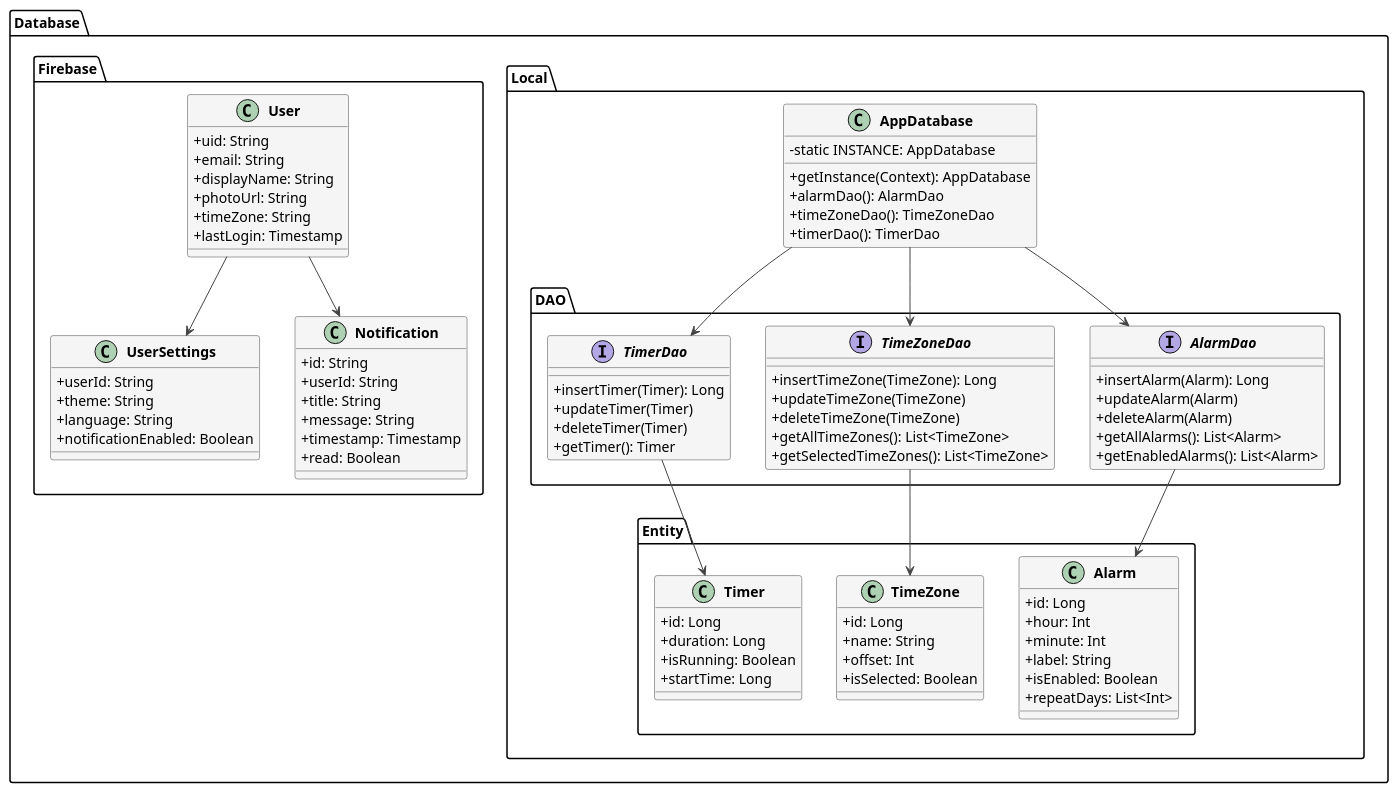
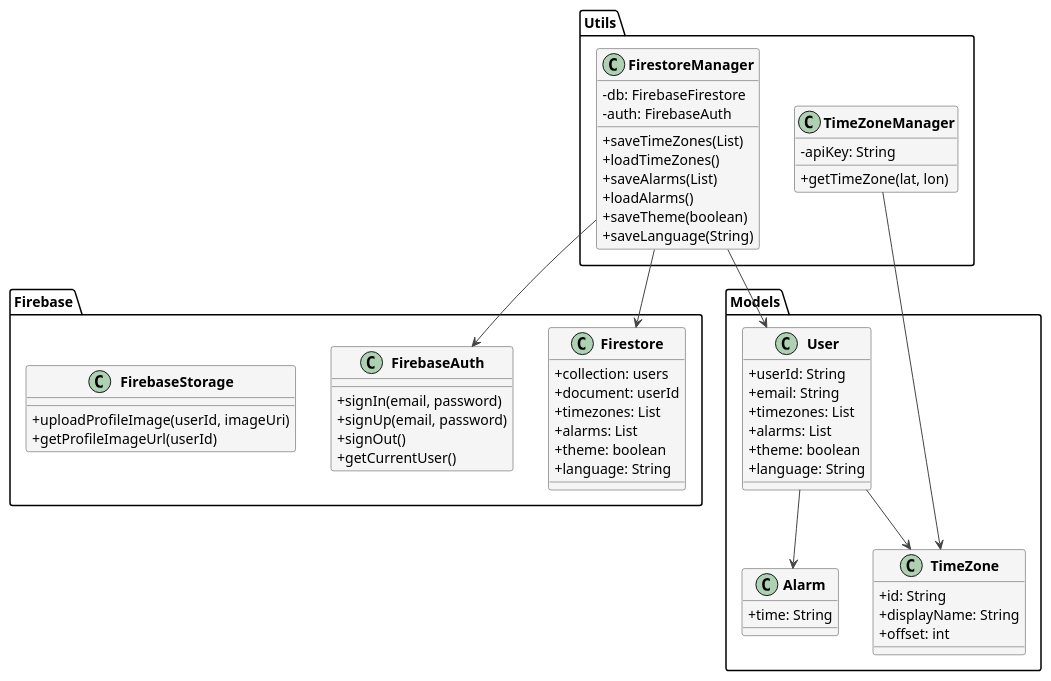
The diagram in app/src/main/DIAGRAMABD.puml (AsierCardoso/SHAREYOURTIME), drawn with PlantUML before and after one commit. The commit also changed 18 other files, not shown here.

```diff
--- a/app/src/main/DIAGRAMABD.puml
+++ b/app/src/main/DIAGRAMABD.puml
@@ -1,111 +1,79 @@
 @startuml
 ' Estilos y configuraciones
 skinparam classAttributeIconSize 0
 skinparam classFontStyle bold
 skinparam classFontSize 14
 skinparam arrowColor #444444
 skinparam classBackgroundColor #F5F5F5
 skinparam classBorderColor #444444
 
-package "Database" {
-    package "Local" {
-        package "Entity" {
-            class Alarm {
-                + id: Long
-                + hour: Int
-                + minute: Int
-                + label: String
-                + isEnabled: Boolean
-                + repeatDays: List<Int>
-            }
-
-            class TimeZone {
-                + id: Long
-                + name: String
-                + offset: Int
-                + isSelected: Boolean
-            }
-
-            class Timer {
-                + id: Long
-                + duration: Long
-                + isRunning: Boolean
-                + startTime: Long
-            }
-        }
-
-        package "DAO" {
-            interface AlarmDao {
-                + insertAlarm(Alarm): Long
-                + updateAlarm(Alarm)
-                + deleteAlarm(Alarm)
-                + getAllAlarms(): List<Alarm>
-                + getEnabledAlarms(): List<Alarm>
-            }
-
-            interface TimeZoneDao {
-                + insertTimeZone(TimeZone): Long
-                + updateTimeZone(TimeZone)
-                + deleteTimeZone(TimeZone)
-                + getAllTimeZones(): List<TimeZone>
-                + getSelectedTimeZones(): List<TimeZone>
-            }
-
-            interface TimerDao {
-                + insertTimer(Timer): Long
-                + updateTimer(Timer)
-                + deleteTimer(Timer)
-                + getTimer(): Timer
-            }
-        }
-
-        class AppDatabase {
-            - static INSTANCE: AppDatabase
-            + getInstance(Context): AppDatabase
-            + alarmDao(): AlarmDao
-            + timeZoneDao(): TimeZoneDao
-            + timerDao(): TimerDao
-        }
+package "Firebase" {
+    class Firestore {
+        + collection: users
+        + document: userId
+        + timezones: List
+        + alarms: List
+        + theme: boolean
+        + language: String
     }
 
-    package "Firebase" {
-        class User {
-            + uid: String
-            + email: String
-            + displayName: String
-            + photoUrl: String
-            + timeZone: String
-            + lastLogin: Timestamp
-        }
+    class FirebaseAuth {
+        + signIn(email, password)
+        + signUp(email, password)
+        + signOut()
+        + getCurrentUser()
+    }
 
-        class UserSettings {
-            + userId: String
-            + theme: String
-            + language: String
-            + notificationEnabled: Boolean
-        }
-
-        class Notification {
-            + id: String
-            + userId: String
-            + title: String
-            + message: String
-            + timestamp: Timestamp
-            + read: Boolean
-        }
+    class FirebaseStorage {
+        + uploadProfileImage(userId, imageUri)
+        + getProfileImageUrl(userId)
     }
 }
 
-' Relaciones
-AppDatabase --> AlarmDao
-AppDatabase --> TimeZoneDao
-AppDatabase --> TimerDao
+package "Utils" {
+    class FirestoreManager {
+        - db: FirebaseFirestore
+        - auth: FirebaseAuth
+        + saveTimeZones(List)
+        + loadTimeZones()
+        + saveAlarms(List)
+        + loadAlarms()
+        + saveTheme(boolean)
+        + saveLanguage(String)
+    }
 
-AlarmDao --> Alarm
-TimeZoneDao --> TimeZone
-TimerDao --> Timer
+    class TimeZoneManager {
+        - apiKey: String
+        + getTimeZone(lat, lon)
+    }
+}
 
-User --> UserSettings
-User --> Notification
+package "Models" {
+    class User {
+        + userId: String
+        + email: String
+        + timezones: List
+        + alarms: List
+        + theme: boolean
+        + language: String
+    }
 
-@enduml 
+    class TimeZone {
+        + id: String
+        + displayName: String
+        + offset: int
+    }
+
+    class Alarm {
+        + time: String
+    }
+}
+
+FirestoreManager --> Firestore
+FirestoreManager --> FirebaseAuth
+FirestoreManager --> User
+TimeZoneManager --> TimeZone
+User --> TimeZone
+User --> Alarm
+
+@enduml
```
